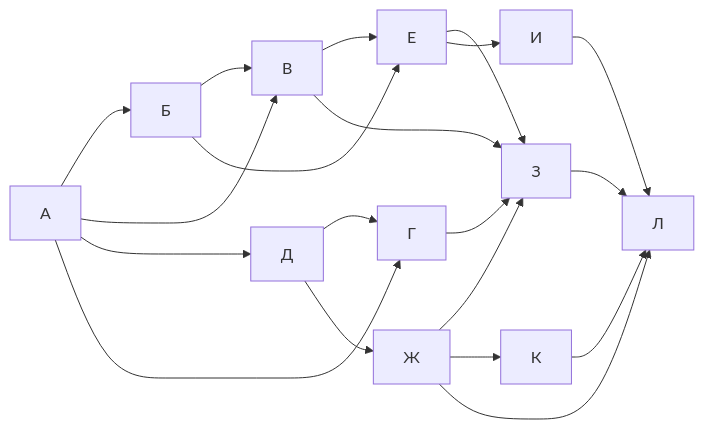
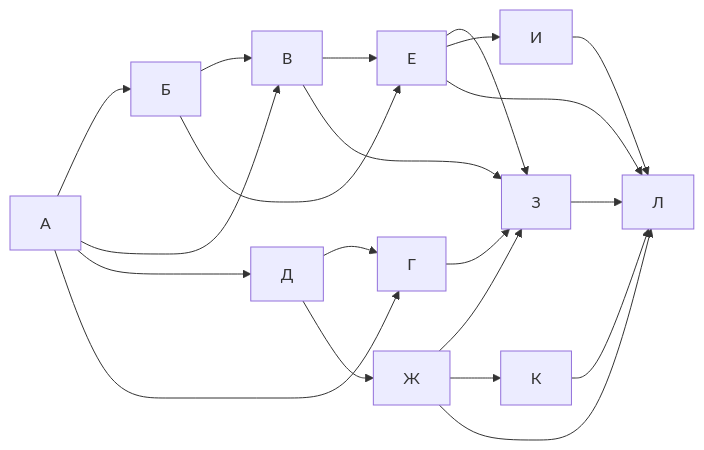
Before and after one commit to lceneo/Tutor: the diagram in База_знаний/09_Анализ_информации_в_виде_схем/Задание_09.md, drawn with Mermaid. The commit also changed other lines of this file and 59 other files, not shown here.

````diff
--- a/База_знаний/09_Анализ_информации_в_виде_схем/Задание_09.md
+++ b/База_знаний/09_Анализ_информации_в_виде_схем/Задание_09.md
@@ -17,22 +17,23 @@
 ```mermaid
 flowchart LR
     A --> Б
     A --> В
     A --> Д
     A --> Г
     Б --> В
     Б --> Е
     В --> Е
     В --> З
     Г --> З
     Д --> Г
     Д --> Ж
     Е --> З
     Е --> И
+    Е --> Л
     Ж --> З
     Ж --> К
     Ж --> Л
     З --> Л
     И --> Л
     К --> Л
 ```
````
